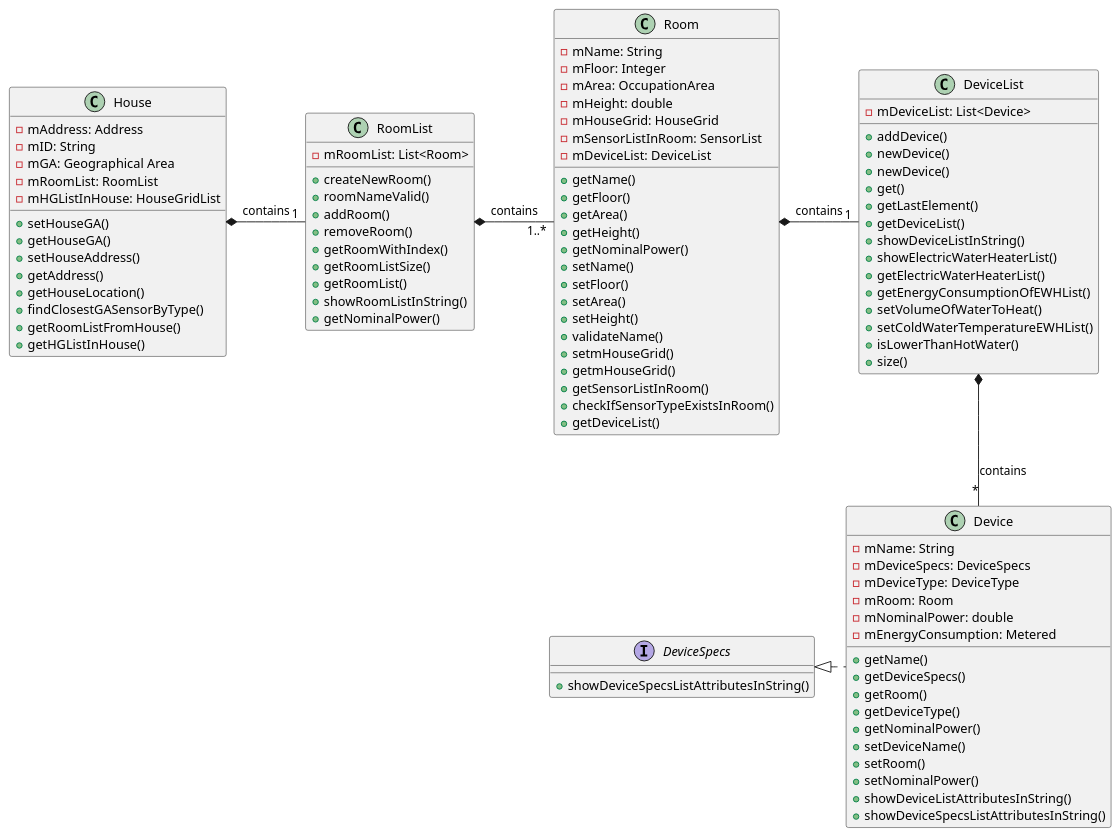
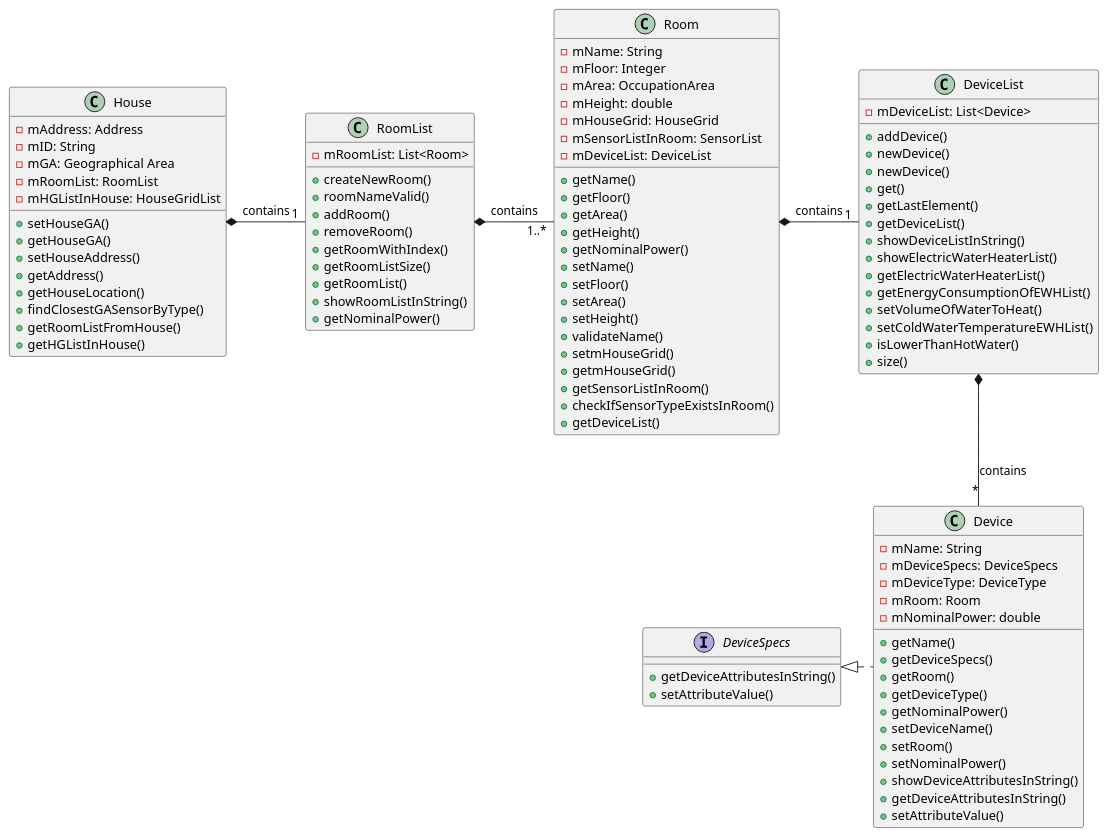
Before and after one commit to emanuel-pereira/hou: the diagram in src/main/java/smarthome/uml/classdiagrams/EditDeviceClassDiagram.puml, drawn with PlantUML. The commit also changed 7 other files, not shown here.

Commit message:
Correction of diagrams: Domain Model, EditDevice Sequence Diagram and Class Diagram, EnergyConsumptionOfWaterHeating Sequence Diagram

```diff
--- a/src/main/java/smarthome/uml/classdiagrams/EditDeviceClassDiagram.puml
+++ b/src/main/java/smarthome/uml/classdiagrams/EditDeviceClassDiagram.puml
@@ -1,108 +1,109 @@
 @startuml
 
 class House {
 - mAddress: Address
 - mID: String
 - mGA: Geographical Area
 - mRoomList: RoomList
 - mHGListInHouse: HouseGridList
 + setHouseGA()
 + getHouseGA()
 + setHouseAddress()
 + getAddress()
 + getHouseLocation()
 + findClosestGASensorByType()
 + getRoomListFromHouse()
 + getHGListInHouse()
 }
 
 class RoomList{
 - mRoomList: List<Room>
 + createNewRoom()
 + roomNameValid()
 + addRoom()
 + removeRoom()
 + getRoomWithIndex()
 + getRoomListSize()
 + getRoomList()
 + showRoomListInString()
 + getNominalPower()
 
 }
 
 class Room{
 - mName: String
 - mFloor: Integer
 - mArea: OccupationArea
 - mHeight: double
 - mHouseGrid: HouseGrid
 - mSensorListInRoom: SensorList
 - mDeviceList: DeviceList
 + getName()
 + getFloor()
 + getArea()
 + getHeight()
 + getNominalPower()
 + setName()
 + setFloor()
 + setArea()
 + setHeight()
 + validateName()
 + setmHouseGrid()
 + getmHouseGrid()
 + getSensorListInRoom()
 + checkIfSensorTypeExistsInRoom()
 + getDeviceList()
 }
 
 
 class DeviceList{
 - mDeviceList: List<Device>
 + addDevice()
 + newDevice()
 + newDevice()
 + get()
 + getLastElement()
 + getDeviceList()
 + showDeviceListInString()
 + showElectricWaterHeaterList()
 + getElectricWaterHeaterList()
 + getEnergyConsumptionOfEWHList()
 + setVolumeOfWaterToHeat()
 + setColdWaterTemperatureEWHList()
 + isLowerThanHotWater()
 + size()
 }
 
 class Device {
 - mName: String
 - mDeviceSpecs: DeviceSpecs
 - mDeviceType: DeviceType
 - mRoom: Room
 - mNominalPower: double
-- mEnergyConsumption: Metered
 + getName()
 + getDeviceSpecs()
 + getRoom()
 + getDeviceType()
 + getNominalPower()
 + setDeviceName()
 + setRoom()
 + setNominalPower()
-+ showDeviceListAttributesInString()
-+ showDeviceSpecsListAttributesInString()
++ showDeviceAttributesInString()
++ getDeviceAttributesInString()
++ setAttributeValue()
 }
 
 interface DeviceSpecs{
-+ showDeviceSpecsListAttributesInString()
++ getDeviceAttributesInString()
++ setAttributeValue()
 }
 
 House  *- "1" RoomList: contains
 RoomList *- "1..*"Room: contains
 Room *- "1"DeviceList: contains
 DeviceList *-- "*"Device: contains
 DeviceSpecs <|. Device
 
 
 
 @enduml
```
